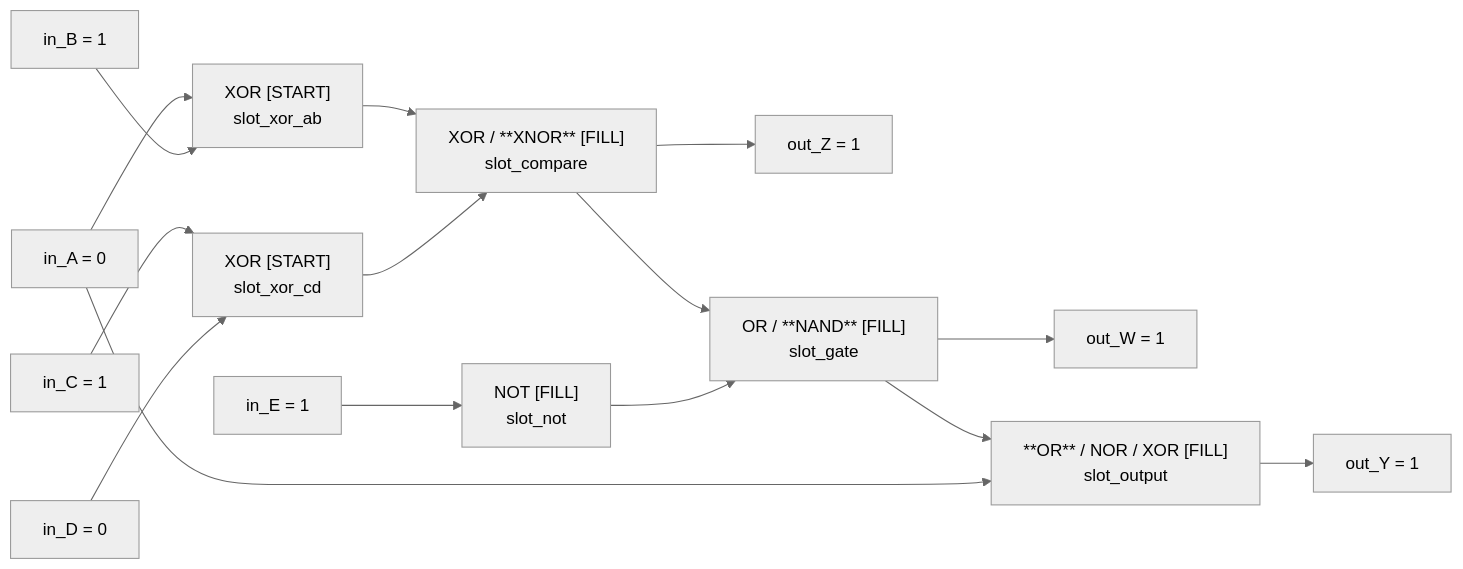
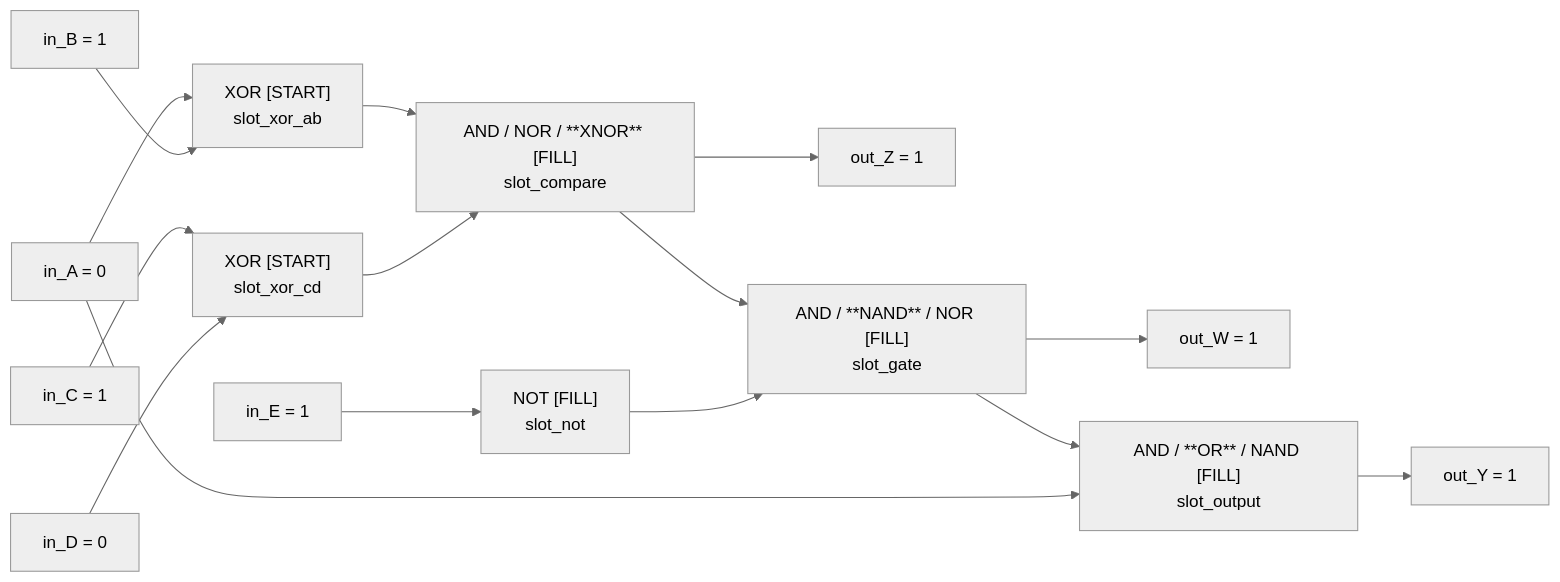
One commit to zardab/cse110-team25 changed the eighth of 10 diagrams in docs/level-diagrams.md. Above: the diagram before and after it, drawn with Mermaid (neutral theme). The commit also changed other lines of this file and 12 other files, not shown here.

````diff
--- a/docs/level-diagrams.md
+++ b/docs/level-diagrams.md
@@ -166,17 +167,17 @@
 ```mermaid
 flowchart LR
   inA["in_A = 0"] --> xorAB["XOR [START]\nslot_xor_ab"]
   inB["in_B = 1"] --> xorAB
   inC["in_C = 1"] --> xorCD["XOR [START]\nslot_xor_cd"]
   inD["in_D = 0"] --> xorCD
-  xorAB --> compare["XOR / **XNOR** [FILL]\nslot_compare"]
+  xorAB --> compare["AND / NOR / **XNOR** [FILL]\nslot_compare"]
   xorCD --> compare
   compare --> compareOut["out_Z = 1"]
   inE["in_E = 1"] --> not["NOT [FILL]\nslot_not"]
-  compare --> gate["OR / **NAND** [FILL]\nslot_gate"]
+  compare --> gate["AND / **NAND** / NOR [FILL]\nslot_gate"]
   not --> gate
   gate --> gateOut["out_W = 1"]
-  gate --> output["**OR** / NOR / XOR [FILL]\nslot_output"]
+  gate --> output["AND / **OR** / NAND [FILL]\nslot_output"]
   inA --> output
   output --> out["out_Y = 1"]
 ```
````
